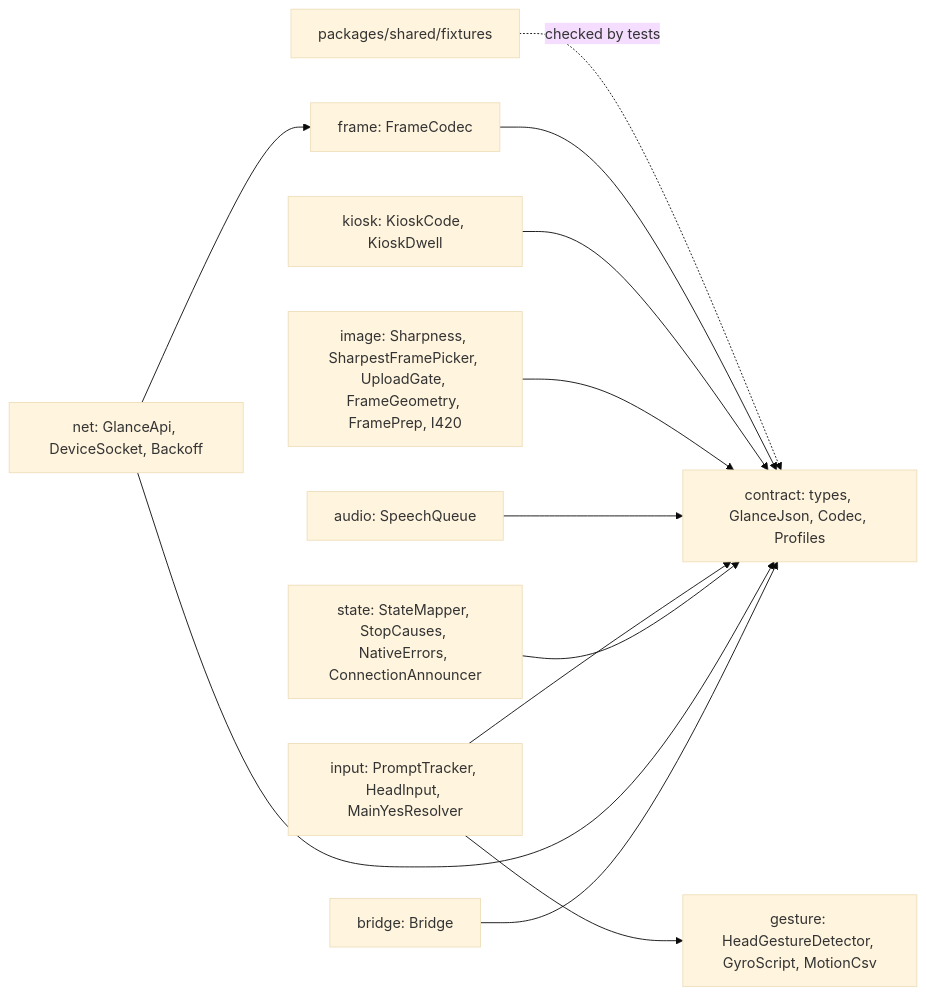
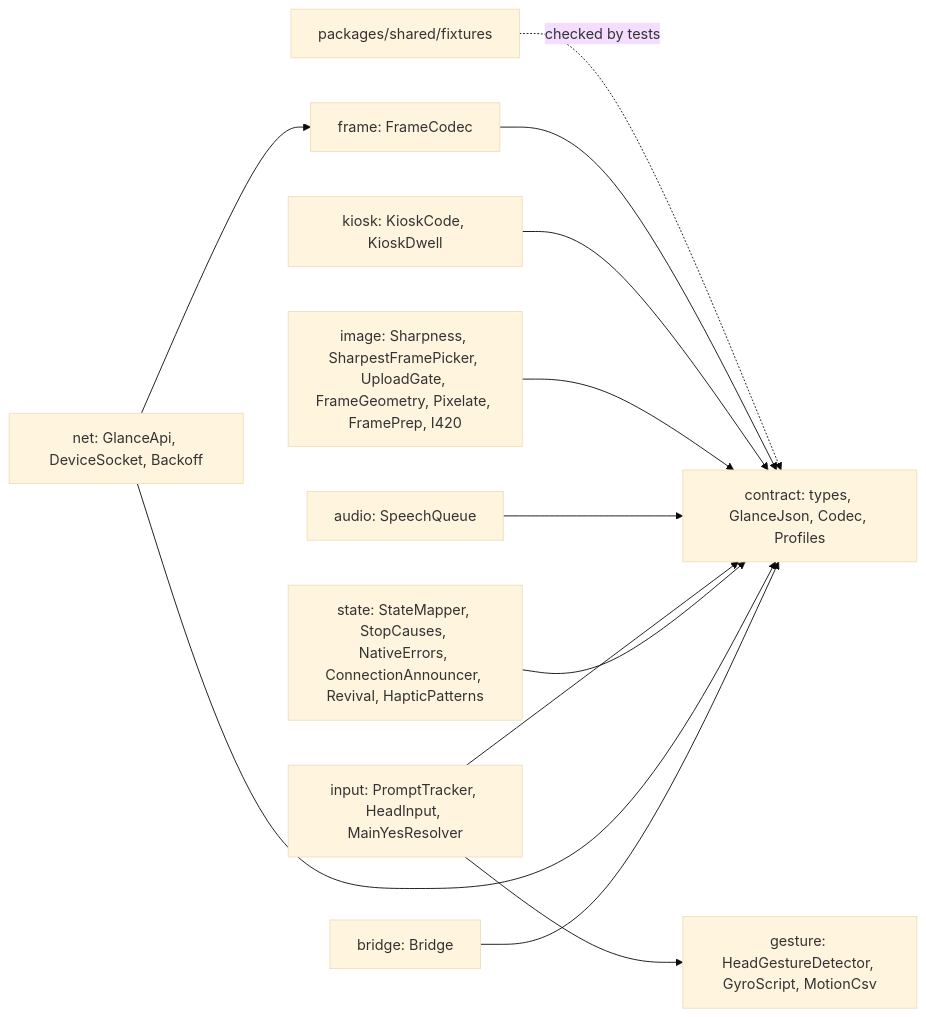
The fourth of 5 diagrams in apps/mobile/android/README.md (mrBymax/glance), drawn with Mermaid (base theme) before and after one commit. The commit also changed 1 other file, not shown here.

Commit message:
docs(android): name the integration runner in the root README and complete the core diagram

````diff
--- a/apps/mobile/android/README.md
+++ b/apps/mobile/android/README.md
@@ -171,16 +171,16 @@
 ```mermaid
 flowchart LR
     Fixtures[packages/shared/fixtures] -. checked by tests .-> Contract
     Contract[contract: types, GlanceJson, Codec, Profiles]
     Frame[frame: FrameCodec] --> Contract
     Kiosk[kiosk: KioskCode, KioskDwell] --> Contract
-    Image[image: Sharpness, SharpestFramePicker, UploadGate, FrameGeometry, FramePrep, I420] --> Contract
+    Image[image: Sharpness, SharpestFramePicker, UploadGate, FrameGeometry, Pixelate, FramePrep, I420] --> Contract
     Gesture[gesture: HeadGestureDetector, GyroScript, MotionCsv]
     Audio[audio: SpeechQueue] --> Contract
     Input[input: PromptTracker, HeadInput, MainYesResolver] --> Contract
     Input --> Gesture
-    State[state: StateMapper, StopCauses, NativeErrors, ConnectionAnnouncer] --> Contract
+    State[state: StateMapper, StopCauses, NativeErrors, ConnectionAnnouncer, Revival, HapticPatterns] --> Contract
     Net[net: GlanceApi, DeviceSocket, Backoff] --> Contract
     Net --> Frame
     BridgeText[bridge: Bridge] --> Contract
 ```
````
